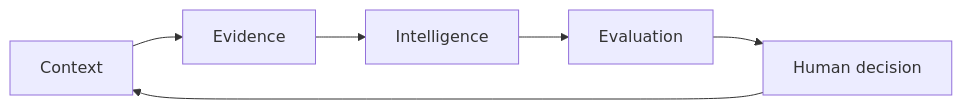
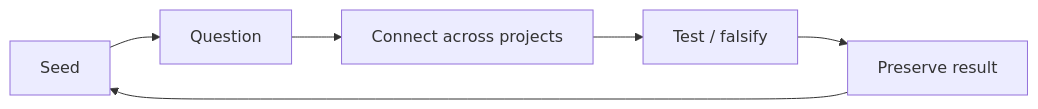
Before and after one commit to slmcin02/NovaV2: the first of 2 diagrams in README.md, drawn with Mermaid. The commit also changed other lines of this file, not shown here.

````diff
--- a/README.md
+++ b/README.md
@@ -20,8 +55,8 @@
 ```mermaid
 flowchart LR
-    A[Context] --> B[Evidence]
-    B --> C[Intelligence]
-    C --> D[Evaluation]
-    D --> E[Human decision]
+    A[Seed] --> B[Question]
+    B --> C[Connect across projects]
+    C --> D[Test / falsify]
+    D --> E[Preserve result]
     E --> A
 ```
````
